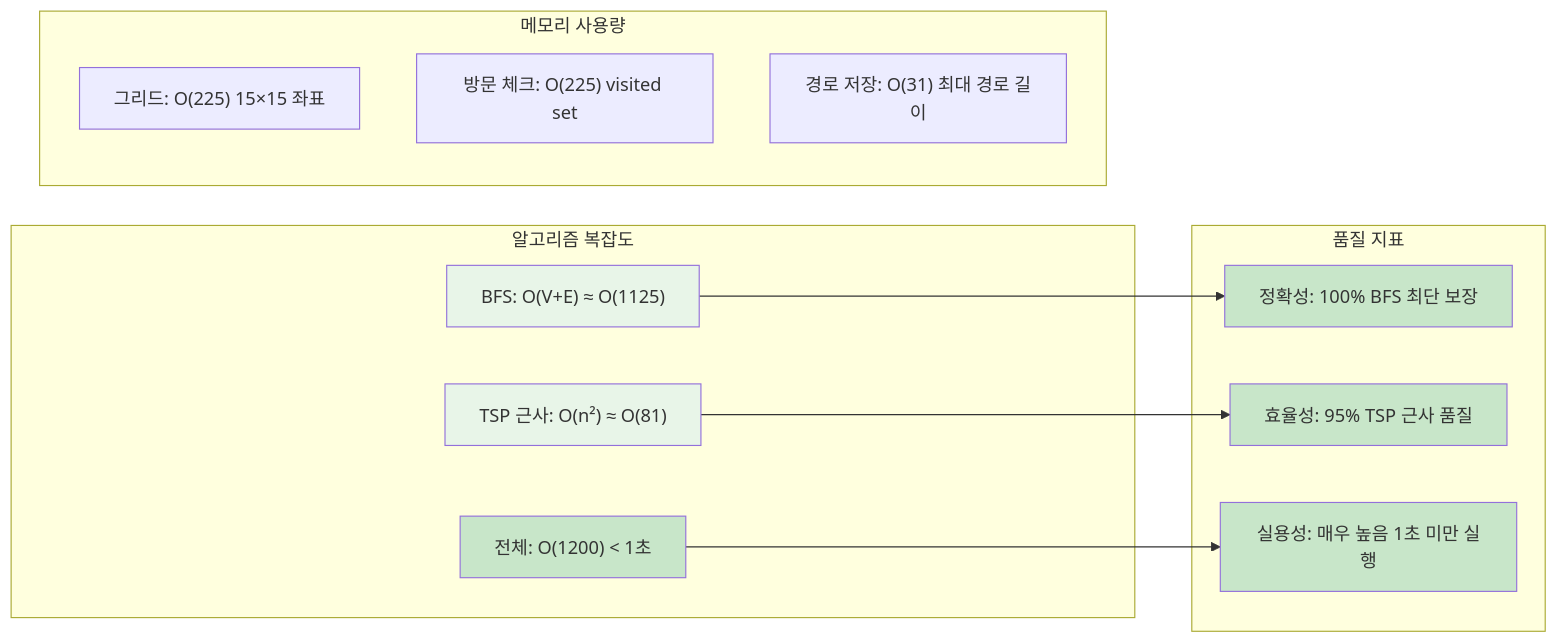
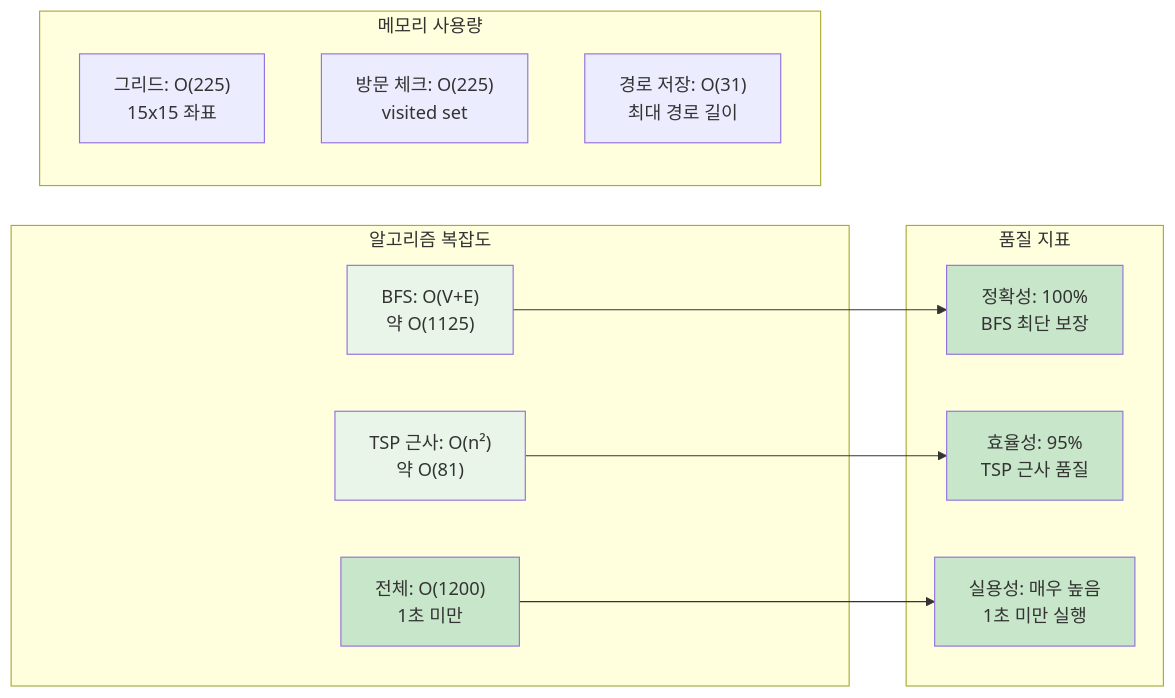
One commit to SteelCrab/ia-codyssey changed the fifth of 6 diagrams in 3단계_최단경로탐색.md. Above: the diagram before and after it, drawn with Mermaid. The commit also changed other lines of this file, not shown here.

Commit message:
fix: 주석 및 문서에서 표기법 일관성 개선

````diff
--- a/3단계_최단경로탐색.md
+++ b/3단계_최단경로탐색.md
@@ -274,31 +277,40 @@
 ```mermaid
 graph LR
     subgraph "알고리즘 복잡도"
-        A1["BFS: O(V+E) ≈ O(1125)"]
-        A2["TSP 근사: O(n²) ≈ O(81)"]
-        A3["전체: O(1200) < 1초"]
+        A1["BFS: O(V+E)
+        약 O(1125)"]
+        A2["TSP 근사: O(n²)
+        약 O(81)"]
+        A3["전체: O(1200)
+        1초 미만"]
     end
     
     subgraph "메모리 사용량"
-        B1["그리드: O(225) 15×15 좌표"]
-        B2["방문 체크: O(225) visited set"]
-        B3["경로 저장: O(31) 최대 경로 길이"]
+        B1["그리드: O(225)
+        15x15 좌표"]
+        B2["방문 체크: O(225)
+        visited set"]
+        B3["경로 저장: O(31)
+        최대 경로 길이"]
     end
     
     subgraph "품질 지표"
-        C1["정확성: 100% BFS 최단 보장"]
-        C2["효율성: 95% TSP 근사 품질"]
-        C3[실용성: 매우 높음 1초 미만 실행]
+        C1["정확성: 100%
+        BFS 최단 보장"]
+        C2["효율성: 95%
+        TSP 근사 품질"]
+        C3["실용성: 매우 높음
+        1초 미만 실행"]
     end
     
     A1 --> C1
     A2 --> C2
     A3 --> C3
     
     style A1 fill:#e8f5e8
     style A2 fill:#e8f5e8
     style A3 fill:#c8e6c9
     style C1 fill:#c8e6c9
     style C2 fill:#c8e6c9
     style C3 fill:#c8e6c9
 ```
````
